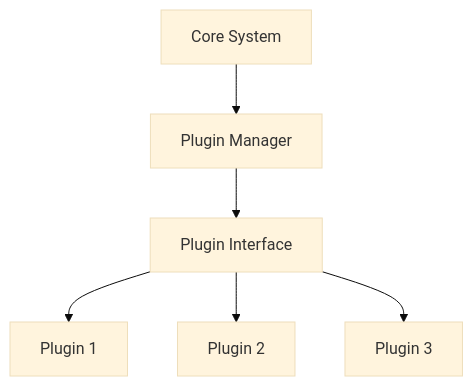
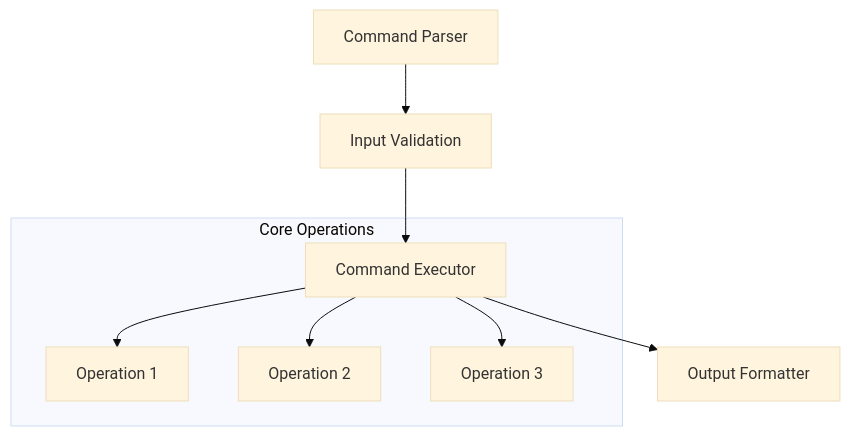
Before and after one commit to xincheng213618/OpenDeepWiki: the third of 7 diagrams in src/KoalaWiki/Prompts/Warehouse/GenerateDocsDevelopmentTools.md, drawn with Mermaid (base theme). The commit also changed other lines of this file and 31 other files, not shown here.

````diff
--- a/src/KoalaWiki/Prompts/Warehouse/GenerateDocsDevelopmentTools.md
+++ b/src/KoalaWiki/Prompts/Warehouse/GenerateDocsDevelopmentTools.md
@@ -129,8 +125,12 @@
 ```mermaid
 graph TD
-    A[Core System] --> B[Plugin Manager]
-    B --> C[Plugin Interface]
-    C --> D[Plugin 1]
-    C --> E[Plugin 2]
-    C --> F[Plugin 3]
+    CMD[Command Parser] --> VAL[Input Validation]
+    VAL --> EXEC[Command Executor]
+    EXEC --> OUT[Output Formatter]
+    
+    subgraph "Core Operations"
+        EXEC --> OP1[Operation 1]
+        EXEC --> OP2[Operation 2]
+        EXEC --> OP3[Operation 3]
+    end
 ```
````
